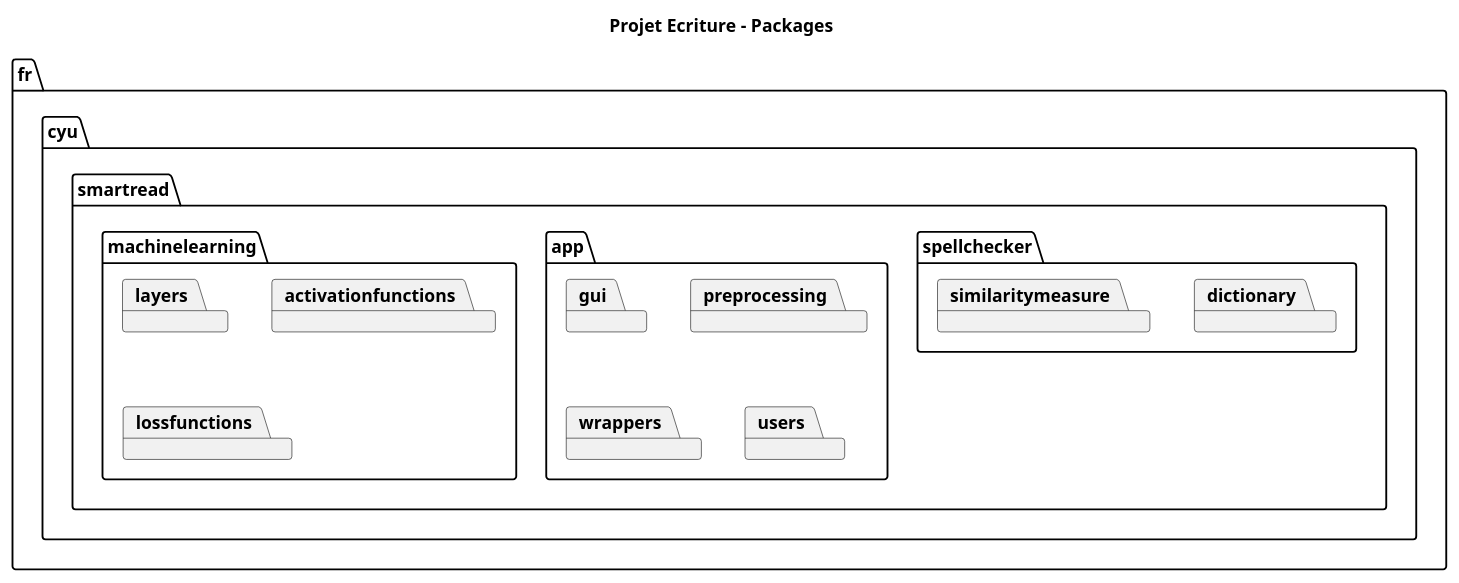
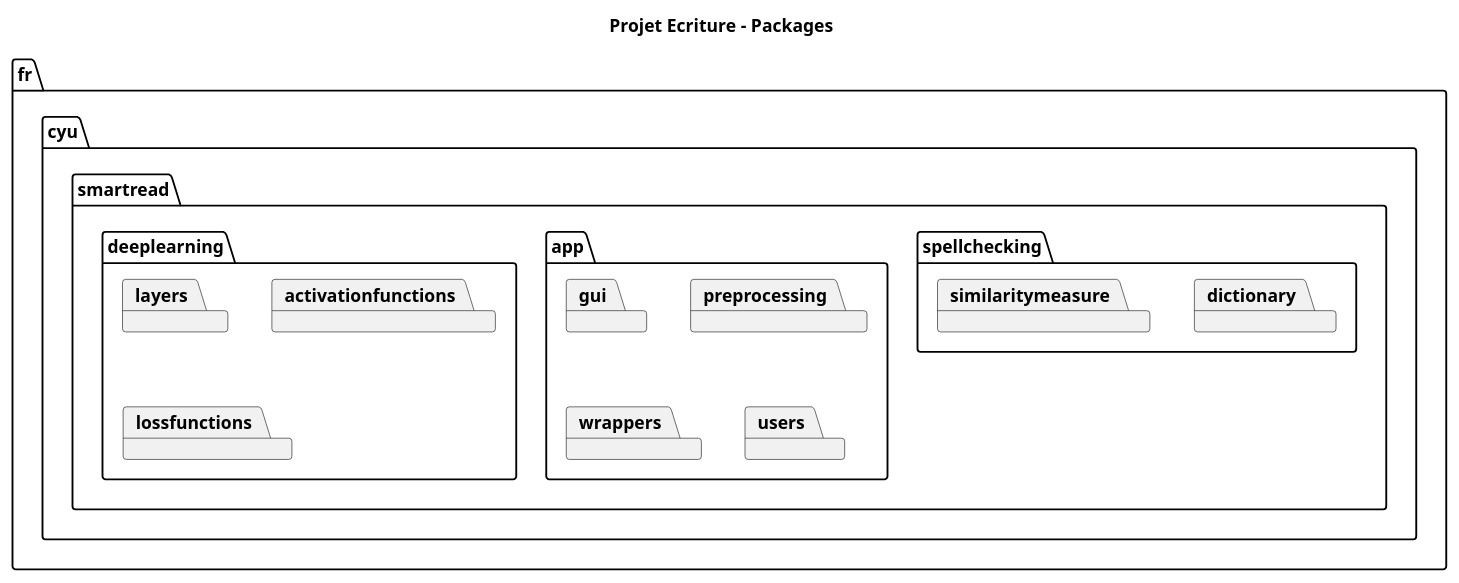
Before and after one commit to GzIrYsz/smart-read: the diagram in docs/diagrams/src/GLP_Ecriture_2023_packages.puml, drawn with PlantUML.

Commit message:
Changed modules names

```diff
--- a/docs/diagrams/src/GLP_Ecriture_2023_packages.puml
+++ b/docs/diagrams/src/GLP_Ecriture_2023_packages.puml
@@ -1,30 +1,30 @@
 @startuml "GLP_Ecriture_2023_packages"
 
 skinparam linetype ortho
 'skinparam ClassAtributeIconSize 0
 
 set namespaceSeparator .
 
 title Projet Ecriture - Packages
 
 package fr.cyu.smartread {
-    package spellchecker {
+    package spellchecking {
         package dictionary
         package similaritymeasure
     }
 
     package app {
         package gui
         package preprocessing
         package wrappers
         package users
     }
 
-    package machinelearning {
+    package deeplearning {
         package layers
         package activationfunctions
         package lossfunctions
     }
 }   
 
 @enduml
```
